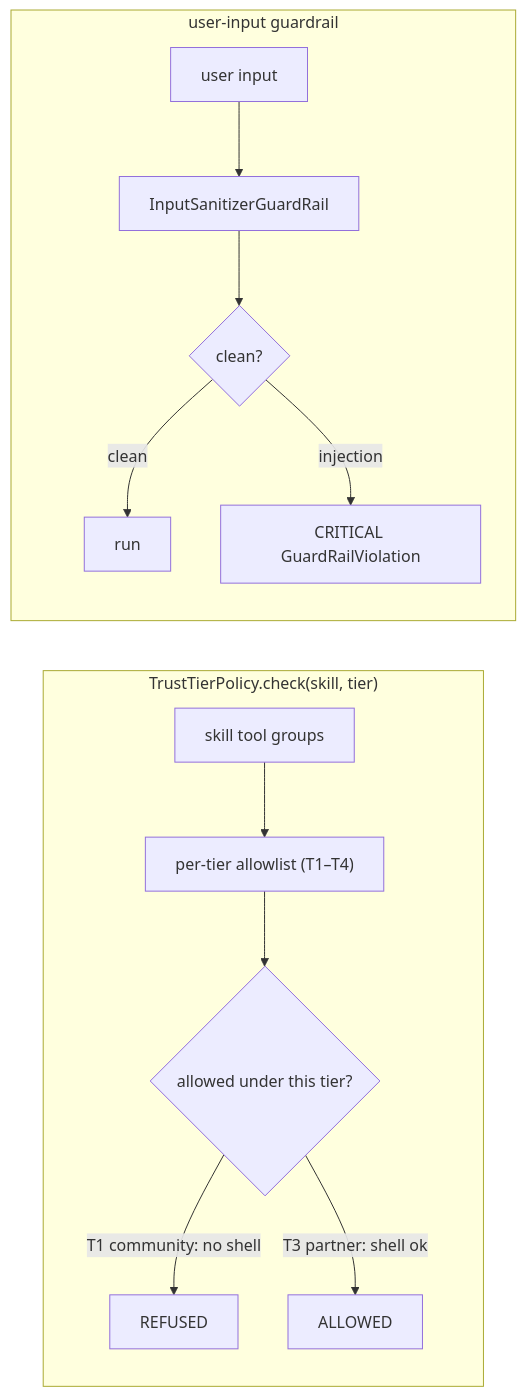
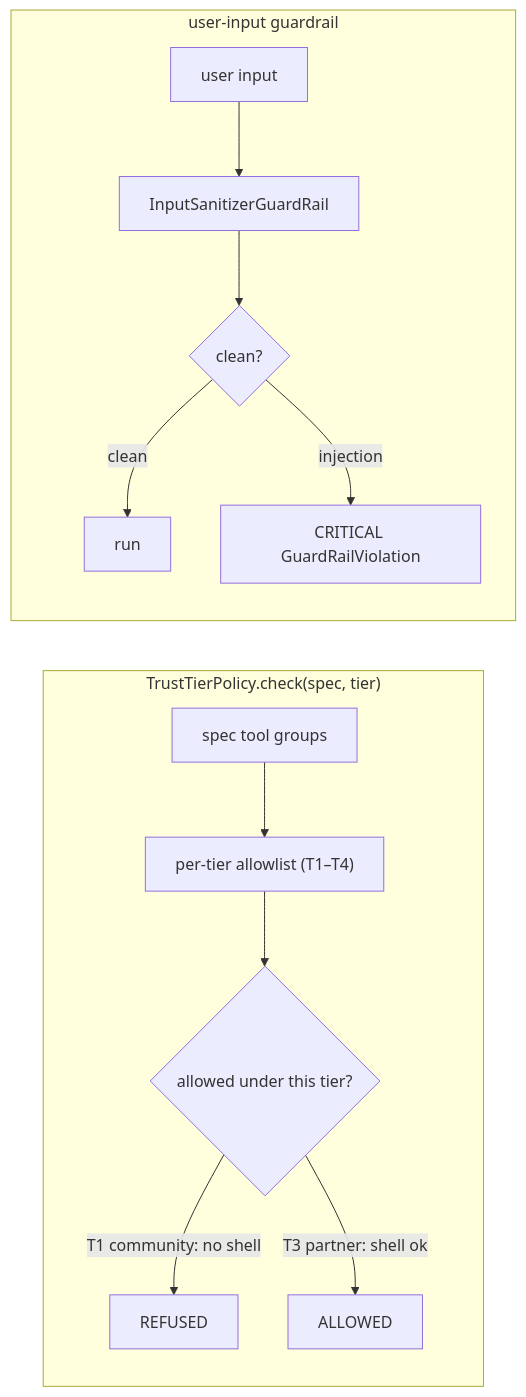
The diagram in poc/poc-10-trust-tiers/README.md (iromu/embabel-smith), drawn with Mermaid before and after one commit. The commit also changed other lines of this file and 650 other files, not shown here.

First line of the commit message:
Rename the skill-pack vocabulary to agent spec to match what the unit actually is

````diff
--- a/poc/poc-10-trust-tiers/README.md
+++ b/poc/poc-10-trust-tiers/README.md
@@ -22,15 +22,15 @@
 ```mermaid
 flowchart LR
-    subgraph tiers["TrustTierPolicy.check(skill, tier)"]
-        S["skill tool groups"] --> POL["per-tier allowlist (T1–T4)"]
+    subgraph tiers["TrustTierPolicy.check(spec, tier)"]
+        S["spec tool groups"] --> POL["per-tier allowlist (T1–T4)"]
         POL --> R{"allowed under this tier?"}
         R -->|"T1 community: no shell"| REF["REFUSED"]
         R -->|"T3 partner: shell ok"| ALW["ALLOWED"]
     end
     subgraph guard["user-input guardrail"]
         UI["user input"] --> SAN["InputSanitizerGuardRail"]
         SAN --> G{"clean?"}
         G -->|"clean"| PASS["run"]
         G -->|"injection"| BLOCK["CRITICAL GuardRailViolation"]
     end
 ```
````
